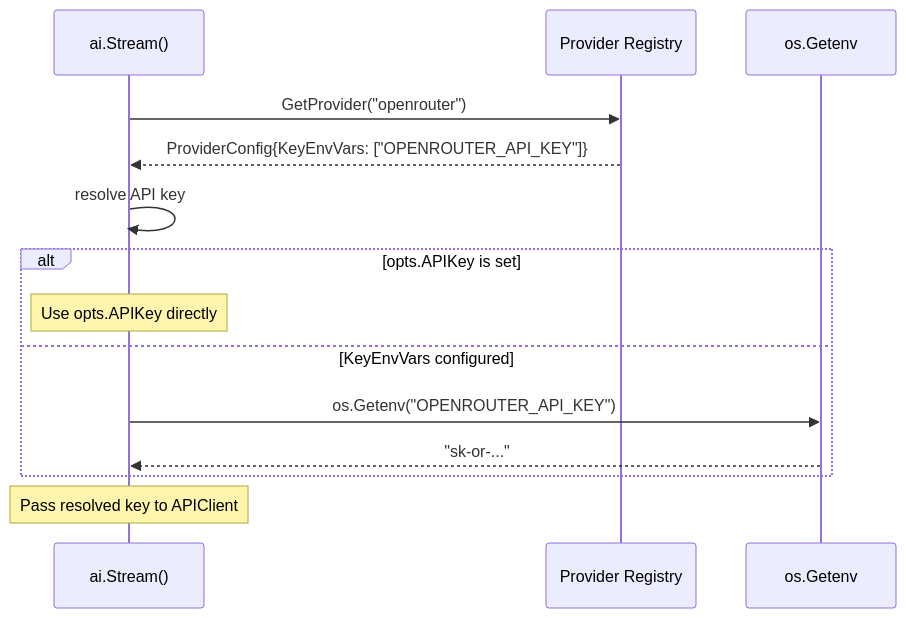
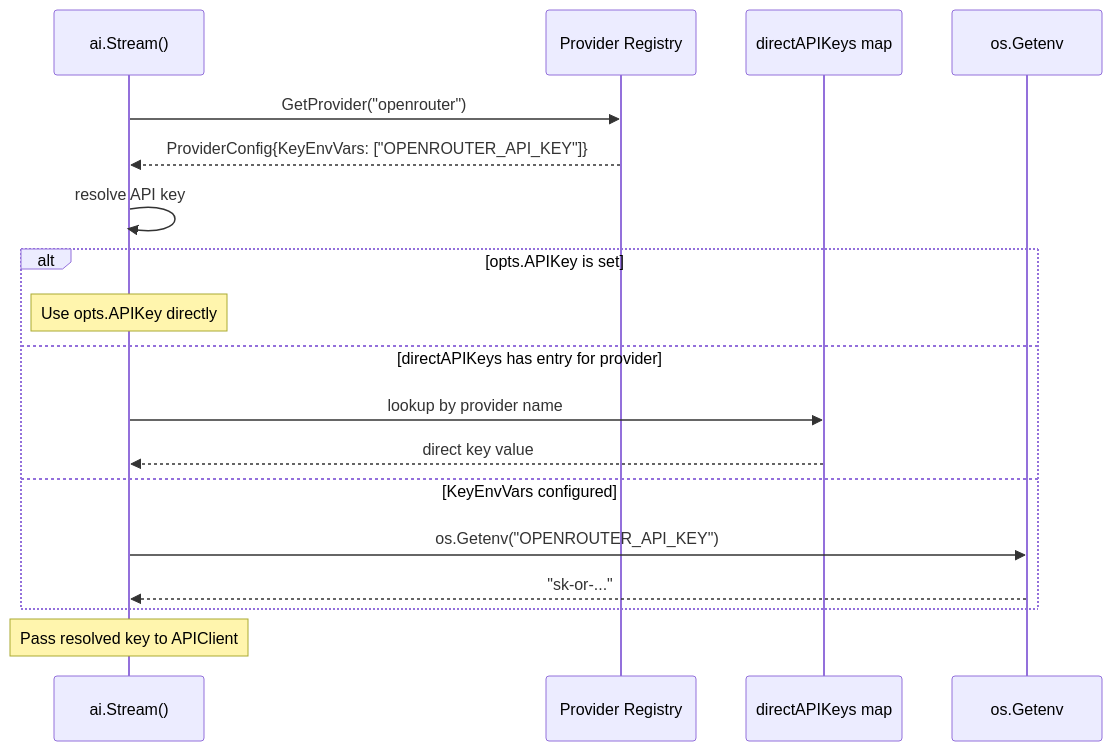
One commit to dcosson/flex-agent-runtime changed the third of 3 diagrams in docs/plans/01-ai-core.add03.md. Above: the diagram before and after it, drawn with Mermaid. The commit also changed other lines of this file and 2 other files, not shown here.

````diff
--- a/docs/plans/01-ai-core.add03.md
+++ b/docs/plans/01-ai-core.add03.md
@@ -109,17 +112,21 @@
 ```mermaid
 sequenceDiagram
     participant StreamAPI as ai.Stream()
     participant ProvReg as Provider Registry
+    participant DirectKeys as directAPIKeys map
     participant Env as os.Getenv
 
     StreamAPI->>ProvReg: GetProvider("openrouter")
     ProvReg-->>StreamAPI: ProviderConfig{KeyEnvVars: ["OPENROUTER_API_KEY"]}
     StreamAPI->>StreamAPI: resolve API key
     alt opts.APIKey is set
         Note over StreamAPI: Use opts.APIKey directly
+    else directAPIKeys has entry for provider
+        StreamAPI->>DirectKeys: lookup by provider name
+        DirectKeys-->>StreamAPI: direct key value
     else KeyEnvVars configured
         StreamAPI->>Env: os.Getenv("OPENROUTER_API_KEY")
         Env-->>StreamAPI: "sk-or-..."
     end
     Note over StreamAPI: Pass resolved key to APIClient
 ```
````
